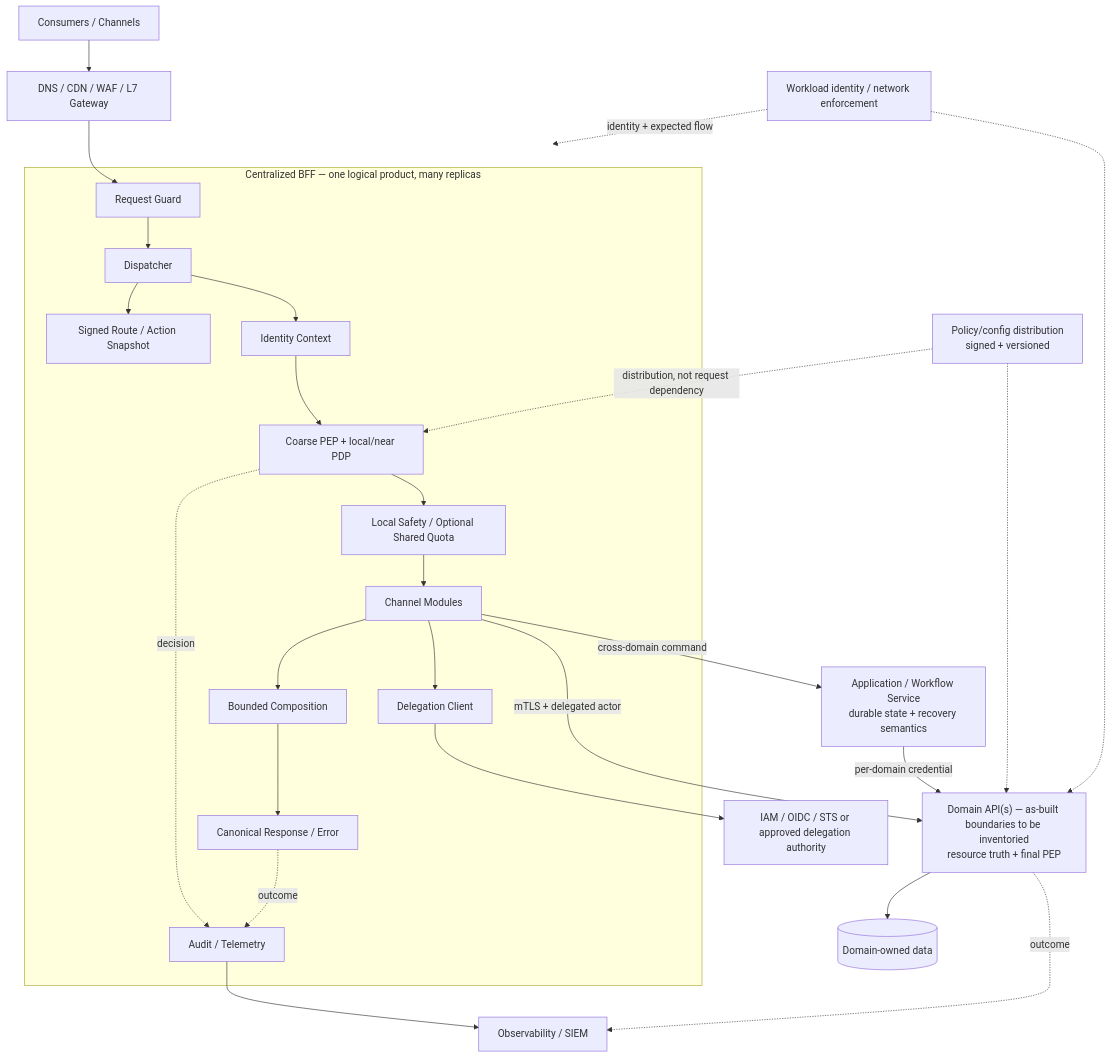
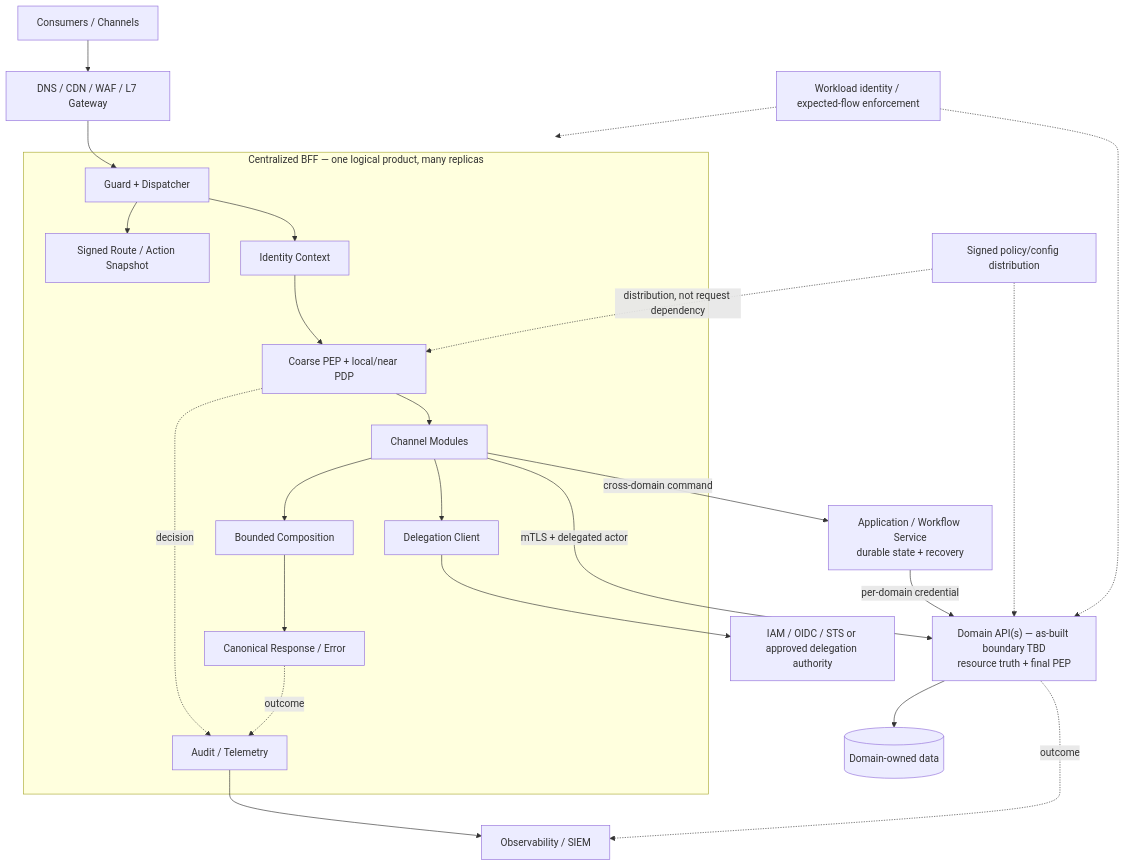
One commit to huynv-xyz/vhm changed the first of 4 diagrams in zero-trust.md. Above: the diagram before and after it, drawn with Mermaid. The commit also changed other lines of this file, not shown here.

First line of the commit message:
docs: streamline Zero Trust centralized BFF TDD

````diff
--- a/zero-trust.md
+++ b/zero-trust.md
@@ -262,48 +211,45 @@
 ```mermaid
 flowchart TB
     Consumer["Consumers / Channels"]
     Edge["DNS / CDN / WAF / L7 Gateway"]
 
     subgraph BFF["Centralized BFF — one logical product, many replicas"]
-        Guard["Request Guard"]
-        Dispatch["Dispatcher"]
+        Guard["Guard + Dispatcher"]
         Registry["Signed Route / Action Snapshot"]
         Identity["Identity Context"]
         CoarsePEP["Coarse PEP + local/near PDP"]
-        Limit["Local Safety / Optional Shared Quota"]
         Modules["Channel Modules"]
         Delegation["Delegation Client"]
         Compose["Bounded Composition"]
         Result["Canonical Response / Error"]
         Audit["Audit / Telemetry"]
 
-        Guard --> Dispatch
-        Dispatch --> Registry
-        Dispatch --> Identity --> CoarsePEP --> Limit --> Modules
+        Guard --> Registry
+        Guard --> Identity --> CoarsePEP --> Modules
         Modules --> Delegation
         Modules --> Compose --> Result
         CoarsePEP -. decision .-> Audit
         Result -. outcome .-> Audit
     end
 
-    Domain["Domain API(s) — as-built boundaries to be inventoried<br/>resource truth + final PEP"]
+    Domain["Domain API(s) — as-built boundary TBD<br/>resource truth + final PEP"]
     Data[("Domain-owned data")]
-    Workflow["Application / Workflow Service<br/>durable state + recovery semantics"]
+    Workflow["Application / Workflow Service<br/>durable state + recovery"]
     IAM["IAM / OIDC / STS or approved delegation authority"]
-    Policy["Policy/config distribution<br/>signed + versioned"]
-    Network["Workload identity / network enforcement"]
+    Control["Signed policy/config distribution"]
+    Network["Workload identity / expected-flow enforcement"]
     Obs["Observability / SIEM"]
 
     Consumer --> Edge --> Guard
     Delegation --> IAM
     Modules -->|"mTLS + delegated actor"| Domain
     Modules -->|"cross-domain command"| Workflow
     Workflow -->|"per-domain credential"| Domain
     Domain --> Data
-    Policy -. "distribution, not request dependency" .-> CoarsePEP
-    Policy -.-> Domain
-    Network -. "identity + expected flow" .-> BFF
+    Control -. "distribution, not request dependency" .-> CoarsePEP
+    Control -.-> Domain
+    Network -.-> BFF
     Network -.-> Domain
     Audit --> Obs
     Domain -. outcome .-> Obs
 ```
````
